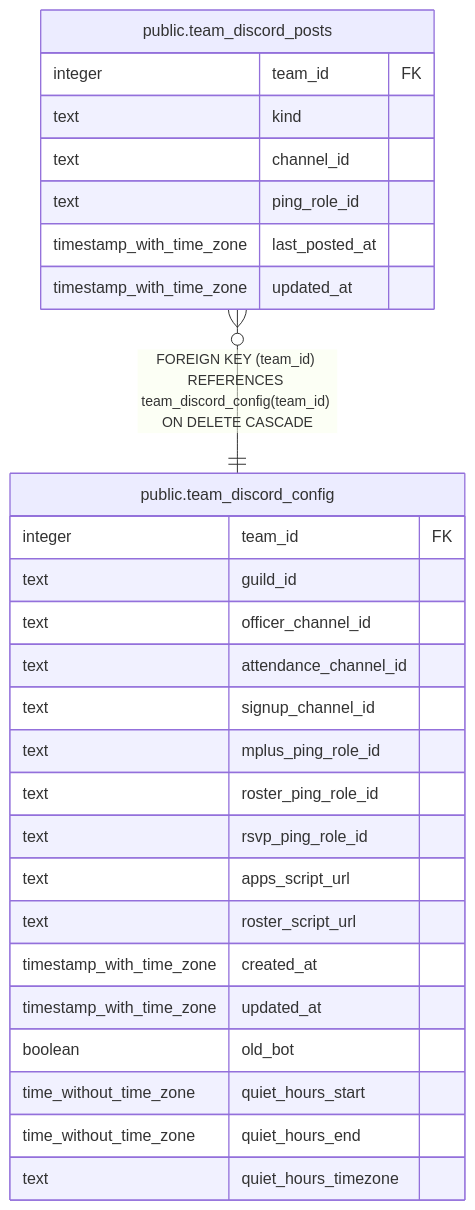
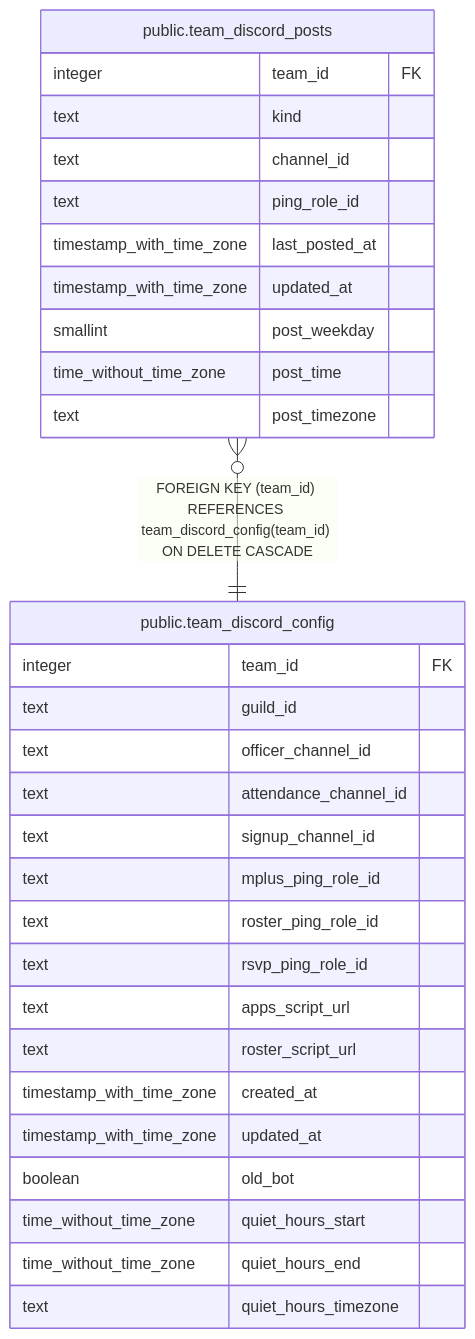
One commit to katogaming88/WGA-Raid-Hub changed the diagram in dbdoc/public.team_discord_posts.md. Above: the diagram before and after it, drawn with Mermaid. The commit also changed other lines of this file and 42 other files, not shown here.

````diff
--- a/dbdoc/public.team_discord_posts.md
+++ b/dbdoc/public.team_discord_posts.md
@@ -35,32 +40,35 @@
 ```mermaid
 erDiagram
 
 "public.team_discord_posts" }o--|| "public.team_discord_config" : "FOREIGN KEY (team_id) REFERENCES team_discord_config(team_id) ON DELETE CASCADE"
 
 "public.team_discord_posts" {
   integer team_id FK
   text kind
   text channel_id
   text ping_role_id
   timestamp_with_time_zone last_posted_at
   timestamp_with_time_zone updated_at
+  smallint post_weekday
+  time_without_time_zone post_time
+  text post_timezone
 }
 "public.team_discord_config" {
   integer team_id FK
   text guild_id
   text officer_channel_id
   text attendance_channel_id
   text signup_channel_id
   text mplus_ping_role_id
   text roster_ping_role_id
   text rsvp_ping_role_id
   text apps_script_url
   text roster_script_url
   timestamp_with_time_zone created_at
   timestamp_with_time_zone updated_at
   boolean old_bot
   time_without_time_zone quiet_hours_start
   time_without_time_zone quiet_hours_end
   text quiet_hours_timezone
 }
 ```
````
